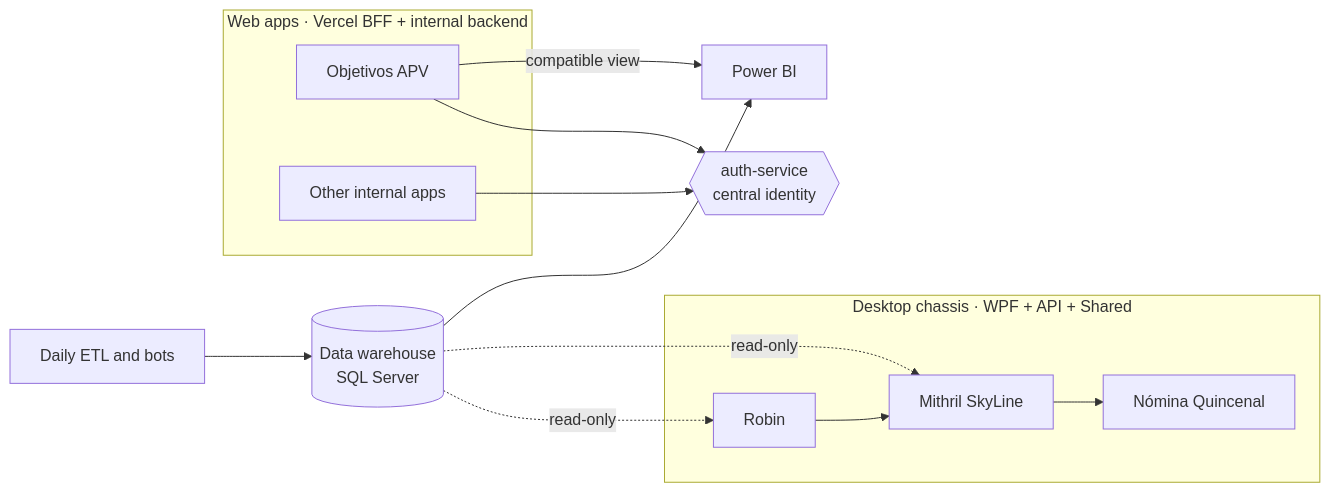
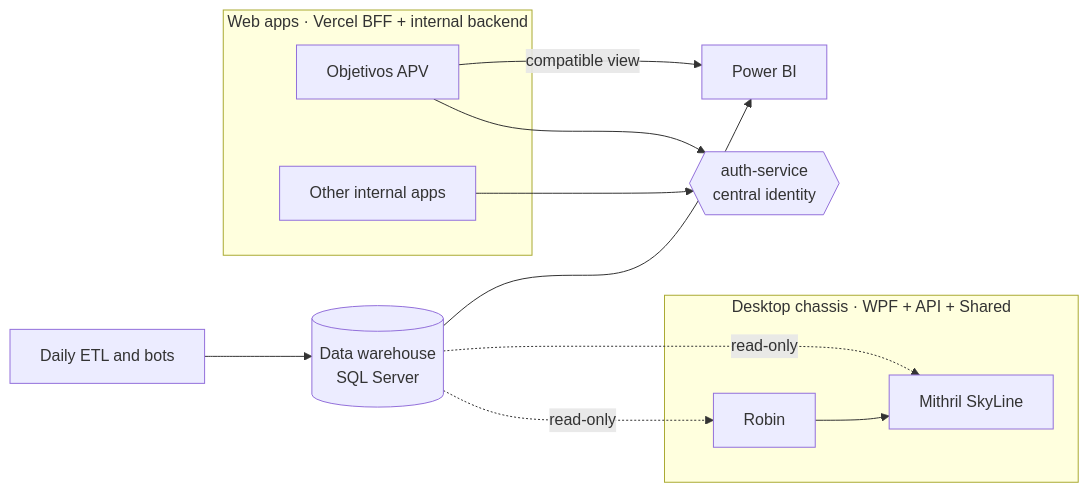
Before and after one commit to tochtlani/tochtlani: the diagram in README.md, drawn with Mermaid. The commit also changed other lines of this file and 1 other file, not shown here.

````diff
--- a/README.md
+++ b/README.md
@@ -64,19 +75,19 @@
 ```mermaid
 flowchart LR
     subgraph Desktop["Desktop chassis · WPF + API + Shared"]
-        R[Robin] --> M[Mithril SkyLine] --> N[Nómina Quincenal]
+        R[Robin] --> M[Mithril SkyLine]
     end
     subgraph Web["Web apps · Vercel BFF + internal backend"]
         O[Objetivos APV]
         X[Other internal apps]
     end
     A{{auth-service<br/>central identity}}
     O --> A
     X --> A
     DW[(Data warehouse<br/>SQL Server)]
     ETL[Daily ETL and bots] --> DW
     DW -. read-only .-> R
     DW -. read-only .-> M
     O -->|compatible view| PBI[Power BI]
     DW --> PBI
 ```
````
